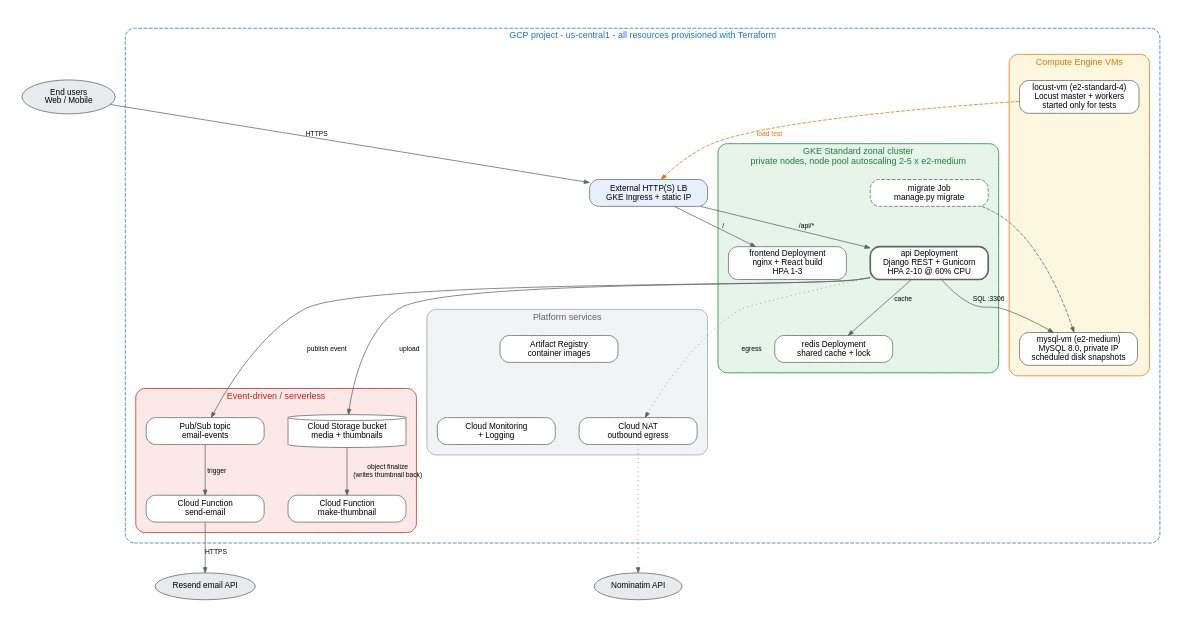
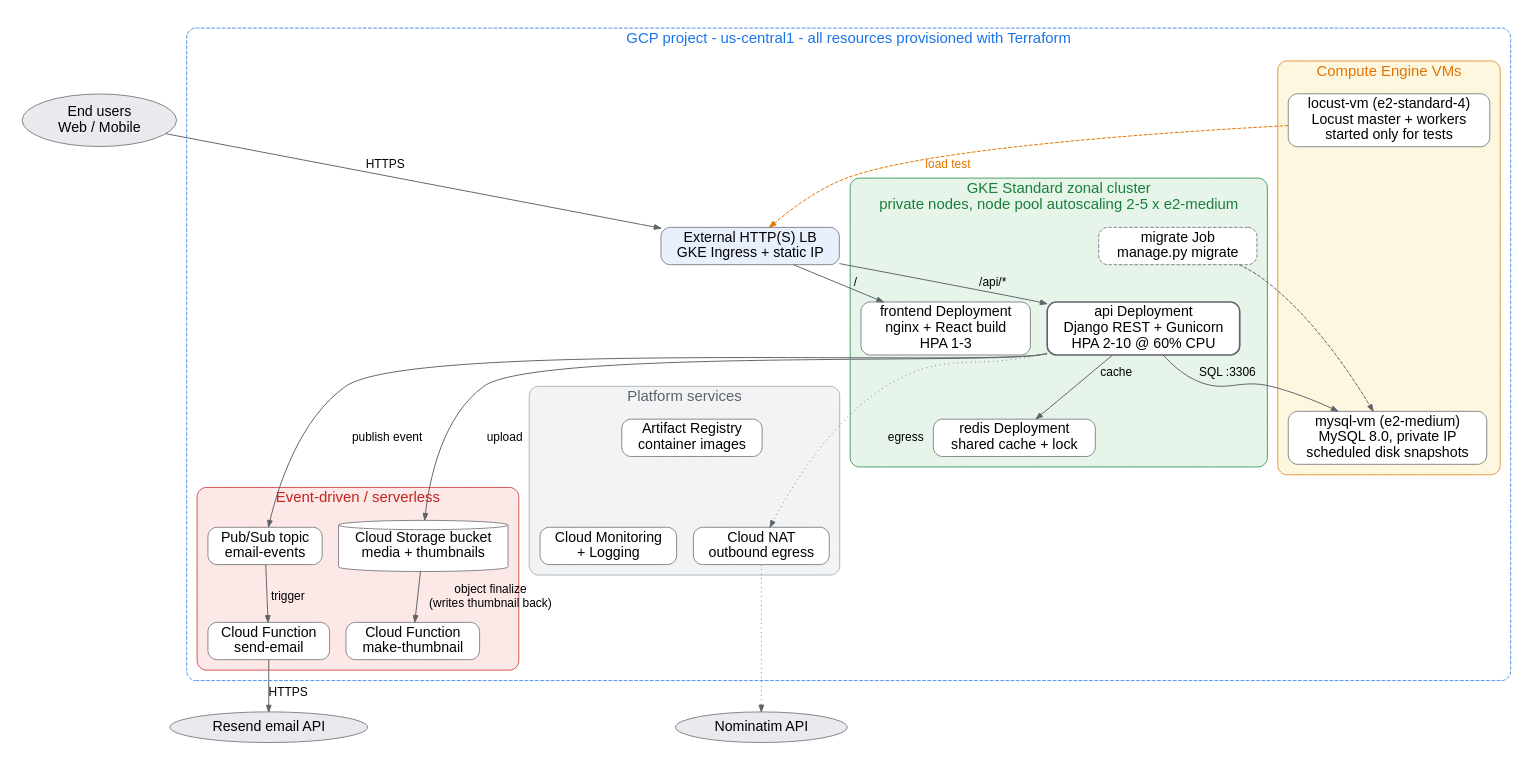
One commit to AysuKeskin/storymap-cloud-native changed the diagram in docs/phase1/architecture.dot. Above: the diagram before and after it, drawn with Graphviz. The commit also changed 9 other files, not shown here.

```diff
--- a/docs/phase1/architecture.dot
+++ b/docs/phase1/architecture.dot
@@ -1,78 +1,78 @@
 digraph storymap_gcp {
-  graph [rankdir=TB, fontname="Helvetica", fontsize=12, splines=true, nodesep=0.45, ranksep=0.6, pad=0.3, newrank=true, compound=true];
-  node  [shape=box, style="rounded,filled", fontname="Helvetica", fontsize=11, fillcolor="#ffffff", color="#5f6368", width=2.2];
-  edge  [fontname="Helvetica", fontsize=9, color="#5f6368", arrowsize=0.7];
+  graph [rankdir=TB, fontname="Helvetica", fontsize=20, splines=true, nodesep=0.3, ranksep=0.45, pad=0.3, newrank=true, compound=true];
+  node  [shape=box, style="rounded,filled", fontname="Helvetica", fontsize=19, fillcolor="#ffffff", color="#5f6368", margin="0.15,0.06"];
+  edge  [fontname="Helvetica", fontsize=16, color="#5f6368", arrowsize=0.9, penwidth=1.3];
 
   // ---------- clients ----------
-  users  [label="End users\nWeb / Mobile", shape=ellipse, fillcolor="#e8eaed", width=1.6];
+  users  [label="End users\nWeb / Mobile", shape=ellipse, fillcolor="#e8eaed", ];
 
   subgraph cluster_gcp {
     label="GCP project - us-central1 - all resources provisioned with Terraform";
     style="rounded,dashed"; color="#1a73e8"; fontcolor="#1a73e8"; margin=14;
 
     lb [label="External HTTP(S) LB\nGKE Ingress + static IP", fillcolor="#e8f0fe"];
 
     subgraph cluster_gke {
       label="GKE Standard zonal cluster\nprivate nodes, node pool autoscaling 2-5 x e2-medium";
       style="rounded,filled"; fillcolor="#e6f4ea"; color="#188038"; fontcolor="#188038";
       frontend [label="frontend Deployment\nnginx + React build\nHPA 1-3"];
       api      [label="api Deployment\nDjango REST + Gunicorn\nHPA 2-10 @ 60% CPU", penwidth=2.2];
       redis    [label="redis Deployment\nshared cache + lock"];
       migrate  [label="migrate Job\nmanage.py migrate", style="rounded,dashed,filled"];
     }
 
     subgraph cluster_vms {
       label="Compute Engine VMs";
       style="rounded,filled"; fillcolor="#fef7e0"; color="#e37400"; fontcolor="#e37400";
       mysql  [label="mysql-vm (e2-medium)\nMySQL 8.0, private IP\nscheduled disk snapshots"];
       locust [label="locust-vm (e2-standard-4)\nLocust master + workers\nstarted only for tests"];
     }
 
     subgraph cluster_serverless {
       label="Event-driven / serverless";
       style="rounded,filled"; fillcolor="#fce8e6"; color="#c5221f"; fontcolor="#c5221f";
       gcs      [label="Cloud Storage bucket\nmedia + thumbnails", shape=cylinder, fillcolor="#ffffff"];
       fn_thumb [label="Cloud Function\nmake-thumbnail"];
       pubsub   [label="Pub/Sub topic\nemail-events"];
       fn_email [label="Cloud Function\nsend-email"];
     }
 
     subgraph cluster_ops {
       label="Platform services";
       style="rounded,filled"; fillcolor="#f1f3f4"; color="#9aa0a6"; fontcolor="#5f6368";
       ar  [label="Artifact Registry\ncontainer images"];
       nat [label="Cloud NAT\noutbound egress"];
       mon [label="Cloud Monitoring\n+ Logging"];
     }
   }
 
-  nominatim [label="Nominatim API", shape=ellipse, fillcolor="#e8eaed", width=1.6];
-  resend    [label="Resend email API", shape=ellipse, fillcolor="#e8eaed", width=1.6];
+  nominatim [label="Nominatim API", shape=ellipse, fillcolor="#e8eaed", ];
+  resend    [label="Resend email API", shape=ellipse, fillcolor="#e8eaed", ];
 
   // ---------- ranks (left -> right) ----------
   { rank=same; users; locust; }
   { rank=same; lb; migrate; }
   { rank=same; frontend; api; }
   { rank=same; redis; mysql; ar; }
   { rank=same; gcs; pubsub; nat; mon; }
   { rank=same; fn_thumb; fn_email; }
   { rank=same; nominatim; resend; }
 
   // ---------- flows ----------
   users  -> lb [label="HTTPS"];
   locust -> lb [label="load test", style=dashed, color="#e37400", fontcolor="#e37400"];
   lb -> frontend [label="/"];
   lb -> api [label="/api/*"];
   api -> redis [label="cache"];
   api -> mysql [label="SQL :3306"];
   migrate -> mysql [style=dashed];
   api -> gcs [label="upload"];
   api -> pubsub [label="publish event"];
   gcs -> fn_thumb [label="object finalize\n(writes thumbnail back)"];
   pubsub -> fn_email [label="trigger"];
   fn_email -> resend [label="HTTPS"];
   api -> nat [label="egress", style=dotted];
   nat -> nominatim [style=dotted];
   ar -> mon [style=invis];
   redis -> ar [style=invis];
 }
```
